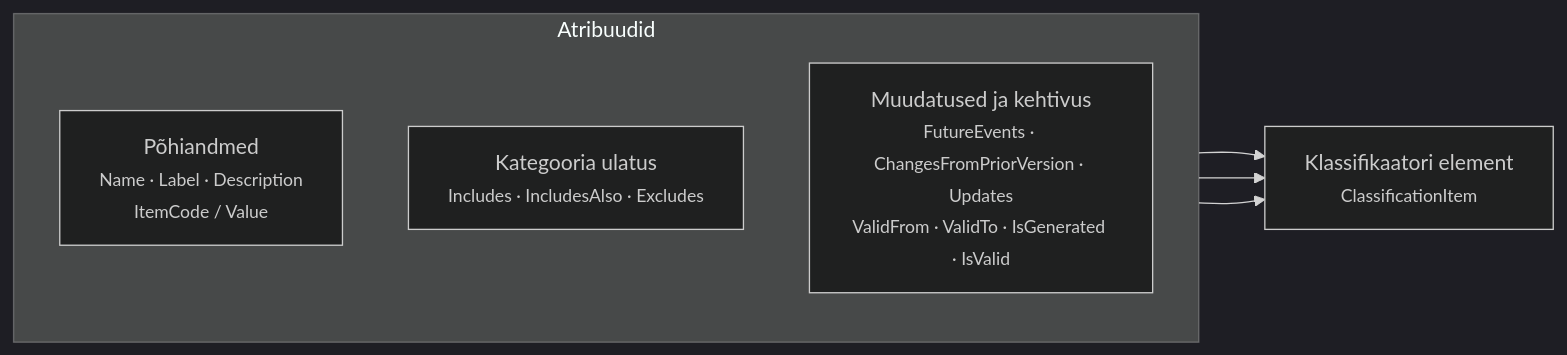
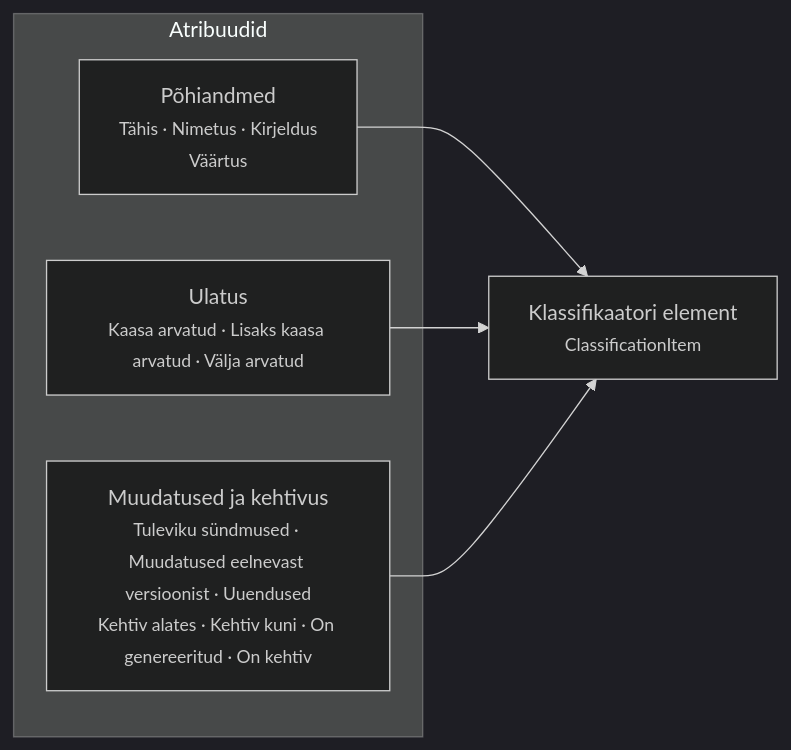
One commit to e-gov/Klassifikaatorite-ja-Koodiloendite-Standard changed the sixth of 6 diagrams in docs/klassifikaator/atribuudid.md. Above: the diagram before and after it, drawn with Mermaid (dark theme). The commit also changed other lines of this file, not shown here.

````diff
--- a/docs/klassifikaator/atribuudid.md
+++ b/docs/klassifikaator/atribuudid.md
@@ -267,19 +265,17 @@
 ```mermaid
 flowchart LR
 
 subgraph ATTR["Atribuudid"]
-  direction TB
+  BASIC["Põhiandmed<br/><small>Tähis · Nimetus · Kirjeldus<br/>Väärtus</small>"]
 
-  BASIC["Põhiandmed<br/><small>Name · Label · Description<br/>ItemCode / Value</small>"]
+  SCOPE["Ulatus<br/><small>Kaasa arvatud · Lisaks kaasa arvatud · Välja arvatud</small>"]
 
-  SCOPE["Kategooria ulatus<br/><small>Includes · IncludesAlso · Excludes</small>"]
-
-  VALID["Muudatused ja kehtivus<br/><small>FutureEvents · ChangesFromPriorVersion · Updates<br/>ValidFrom · ValidTo · IsGenerated · IsValid</small>"]
+  VALID["Muudatused ja kehtivus<br/><small>Tuleviku sündmused · Muudatused eelnevast versioonist · Uuendused<br/>Kehtiv alates · Kehtiv kuni · On genereeritud · On kehtiv</small>"]
 end
 
 IT["Klassifikaatori element<br/><small>ClassificationItem</small>"]
 
 BASIC --> IT
 SCOPE --> IT
 VALID --> IT
 ```
````
